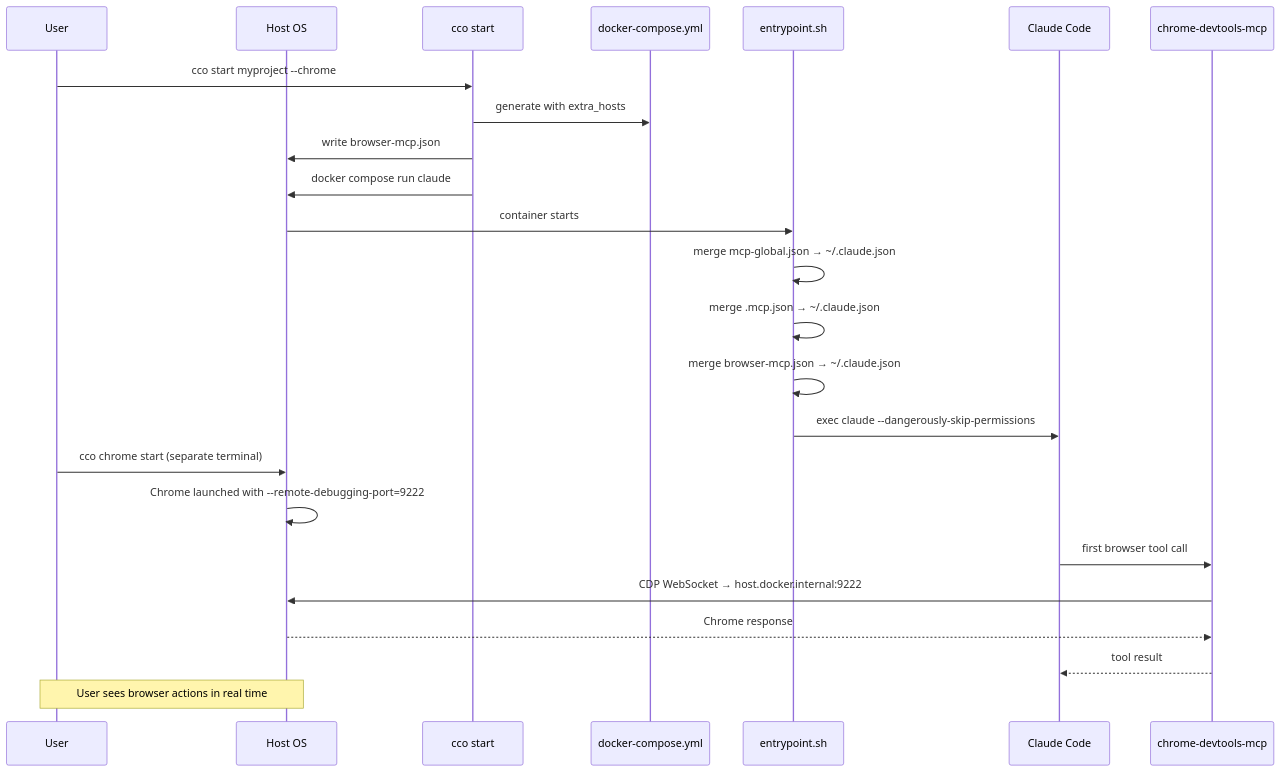
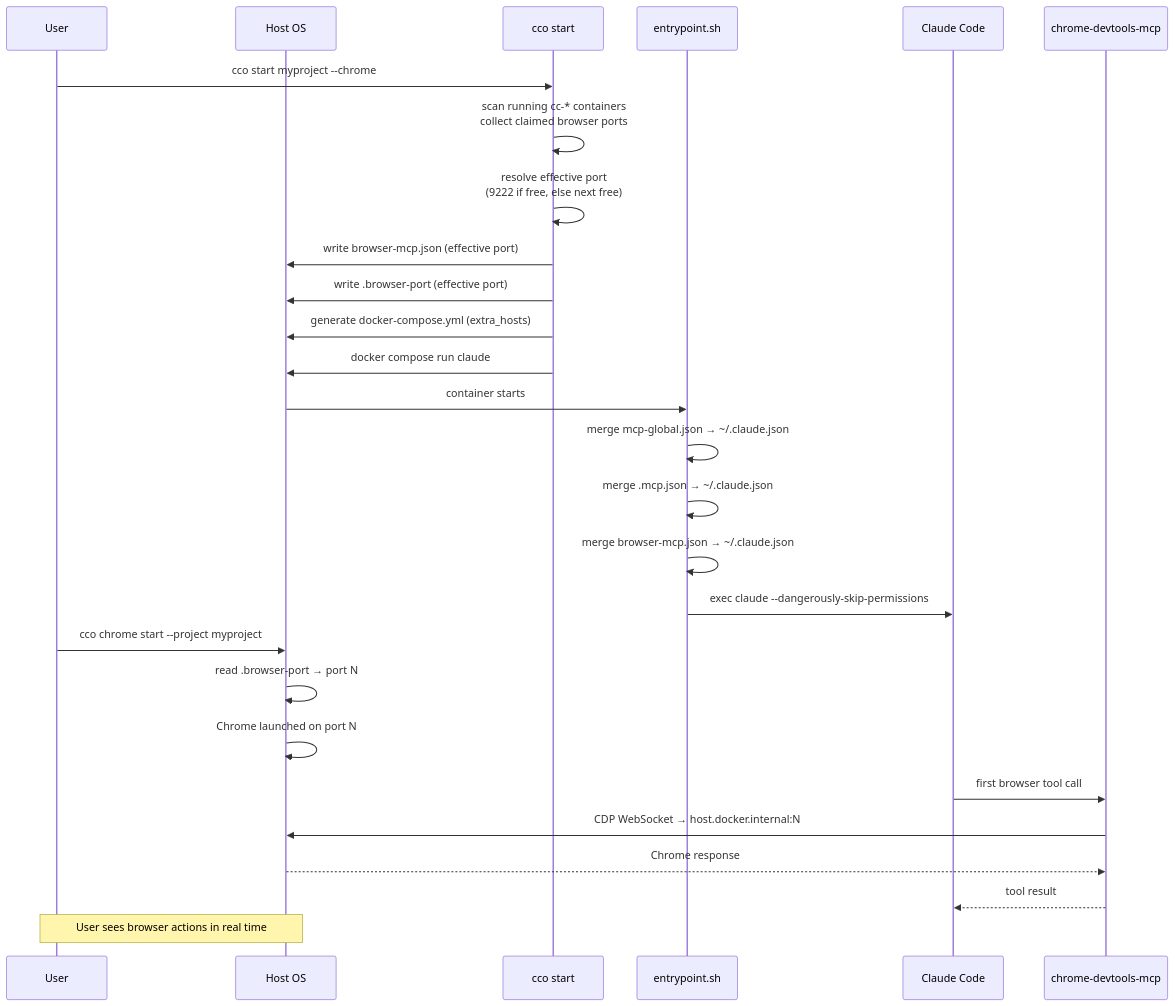
One commit to alergyonthestage/claude-orchestrator changed the diagram in docs/maintainer/browser-mcp/design.md. Above: the diagram before and after it, drawn with Mermaid. The commit also changed other lines of this file, not shown here.

First line of the commit message:
docs(browser-mcp): add port conflict resolution to design

````diff
--- a/docs/maintainer/browser-mcp/design.md
+++ b/docs/maintainer/browser-mcp/design.md
@@ -147,30 +183,33 @@
 ```mermaid
 sequenceDiagram
     participant User
     participant Host as Host OS
     participant cco as cco start
-    participant Compose as docker-compose.yml
     participant EP as entrypoint.sh
     participant Claude as Claude Code
     participant MCP as chrome-devtools-mcp
 
     User->>cco: cco start myproject --chrome
-    cco->>Compose: generate with extra_hosts
-    cco->>Host: write browser-mcp.json
+    cco->>cco: scan running cc-* containers<br/>collect claimed browser ports
+    cco->>cco: resolve effective port<br/>(9222 if free, else next free)
+    cco->>Host: write browser-mcp.json (effective port)
+    cco->>Host: write .browser-port (effective port)
+    cco->>Host: generate docker-compose.yml (extra_hosts)
     cco->>Host: docker compose run claude
 
     Host->>EP: container starts
     EP->>EP: merge mcp-global.json → ~/.claude.json
     EP->>EP: merge .mcp.json → ~/.claude.json
     EP->>EP: merge browser-mcp.json → ~/.claude.json
     EP->>Claude: exec claude --dangerously-skip-permissions
 
-    User->>Host: cco chrome start (separate terminal)
-    Host->>Host: Chrome launched with --remote-debugging-port=9222
+    User->>Host: cco chrome start --project myproject
+    Host->>Host: read .browser-port → port N
+    Host->>Host: Chrome launched on port N
 
     Claude->>MCP: first browser tool call
-    MCP->>Host: CDP WebSocket → host.docker.internal:9222
+    MCP->>Host: CDP WebSocket → host.docker.internal:N
     Host-->>MCP: Chrome response
     MCP-->>Claude: tool result
     Note over User,Host: User sees browser actions in real time
 ```
````
